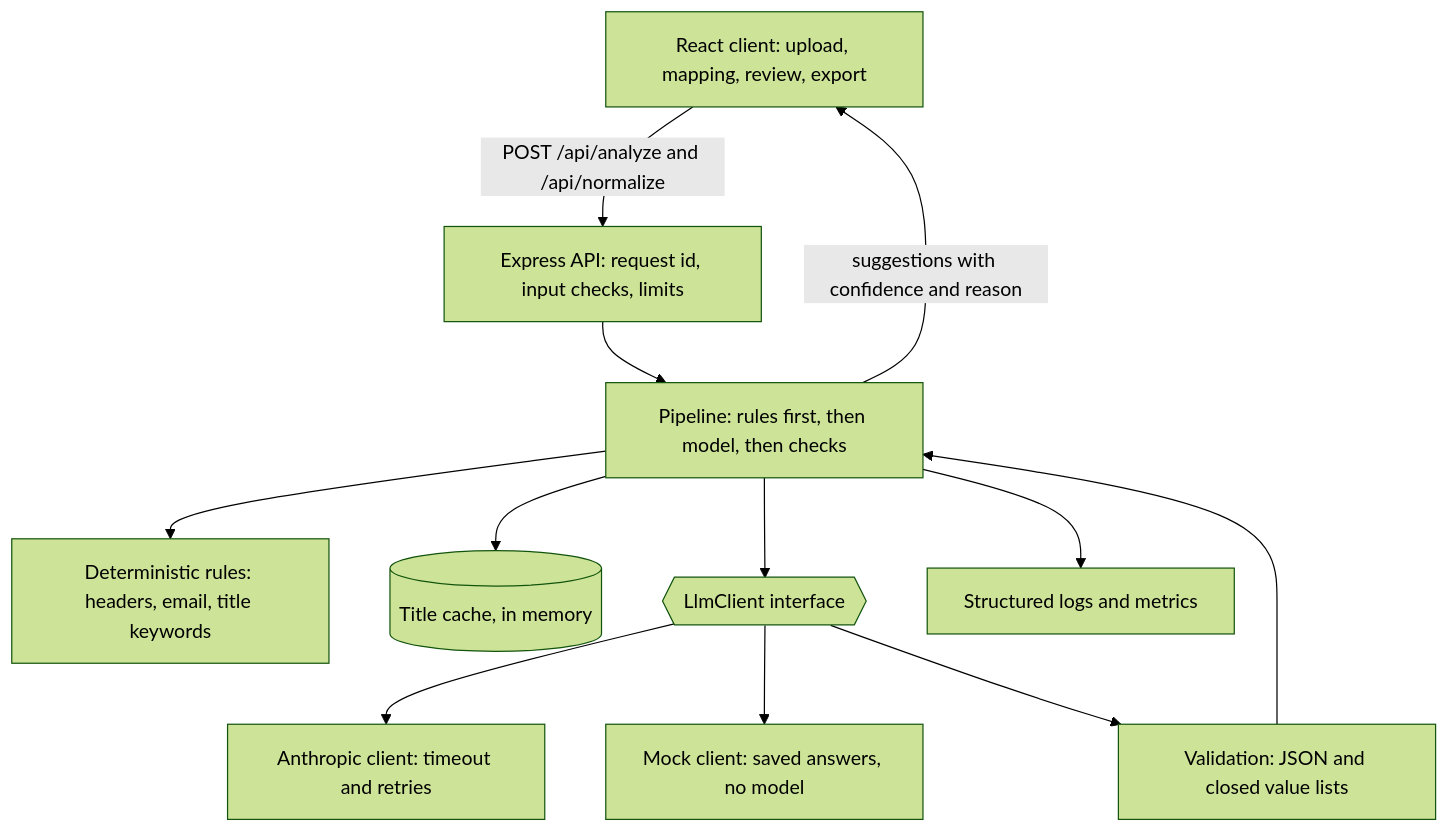
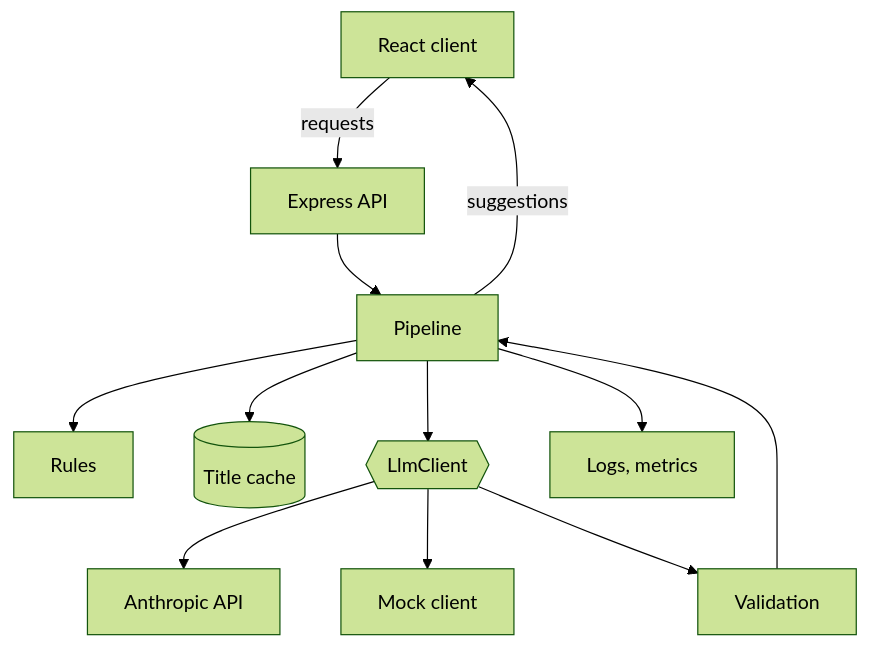
Before and after one commit to Octavian-Nicu/lead-intake-assistant: the diagram in README.md, drawn with Mermaid (forest theme).

````diff
--- a/README.md
+++ b/README.md
@@ -115,25 +115,25 @@
 ```mermaid
 flowchart TD
-    UI["React client: upload, mapping, review, export"]
-    API["Express API: request id, input checks, limits"]
-    PIPE["Pipeline: rules first, then model, then checks"]
-    RULES["Deterministic rules: headers, email, title keywords"]
-    CACHE[("Title cache, in memory")]
-    LLM{{"LlmClient interface"}}
-    LIVE["Anthropic client: timeout and retries"]
-    MOCK["Mock client: saved answers, no model"]
-    VAL["Validation: JSON and closed value lists"]
-    LOG["Structured logs and metrics"]
+    UI["React client"]
+    API["Express API"]
+    PIPE["Pipeline"]
+    RULES["Rules"]
+    CACHE[("Title cache")]
+    LLM{{"LlmClient"}}
+    LIVE["Anthropic API"]
+    MOCK["Mock client"]
+    VAL["Validation"]
+    LOG["Logs, metrics"]
 
-    UI -- "POST /api/analyze and /api/normalize" --> API
+    UI -- "requests" --> API
     API --> PIPE
     PIPE --> RULES
     PIPE --> CACHE
     PIPE --> LLM
     LLM --> LIVE
     LLM --> MOCK
     LLM --> VAL
     VAL --> PIPE
     PIPE --> LOG
-    PIPE -- "suggestions with confidence and reason" --> UI
+    PIPE -- "suggestions" --> UI
 ```
````
